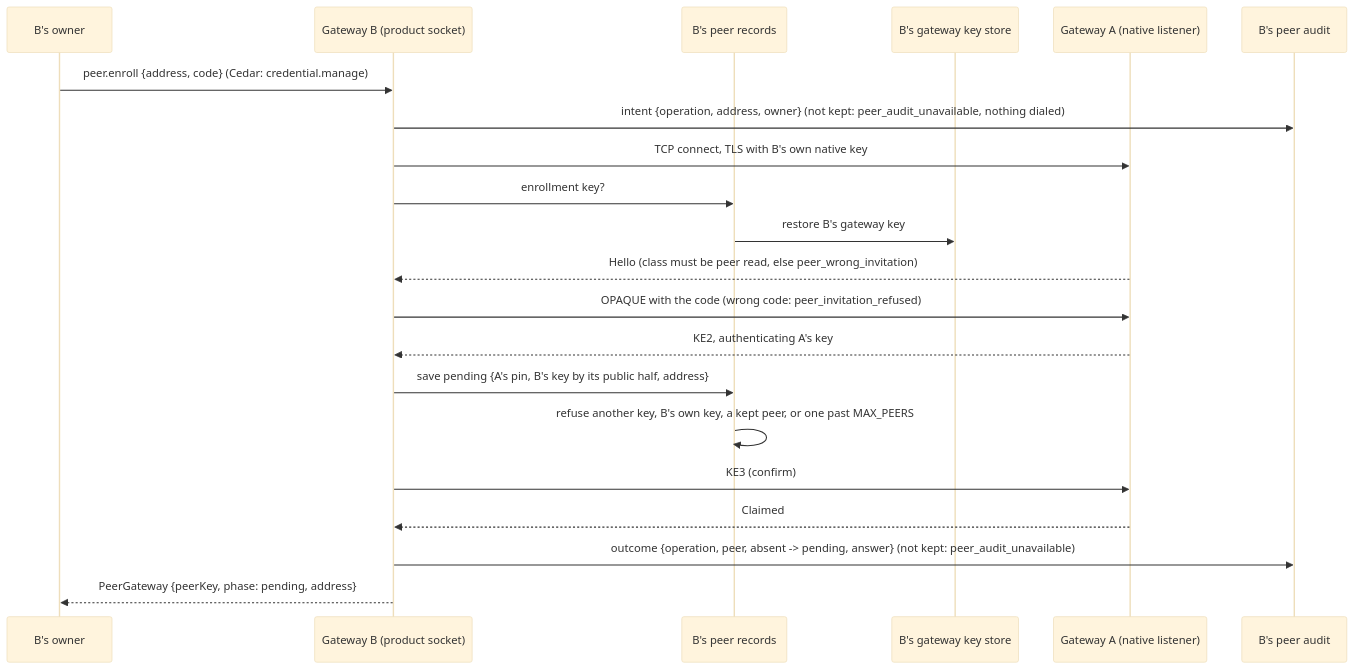
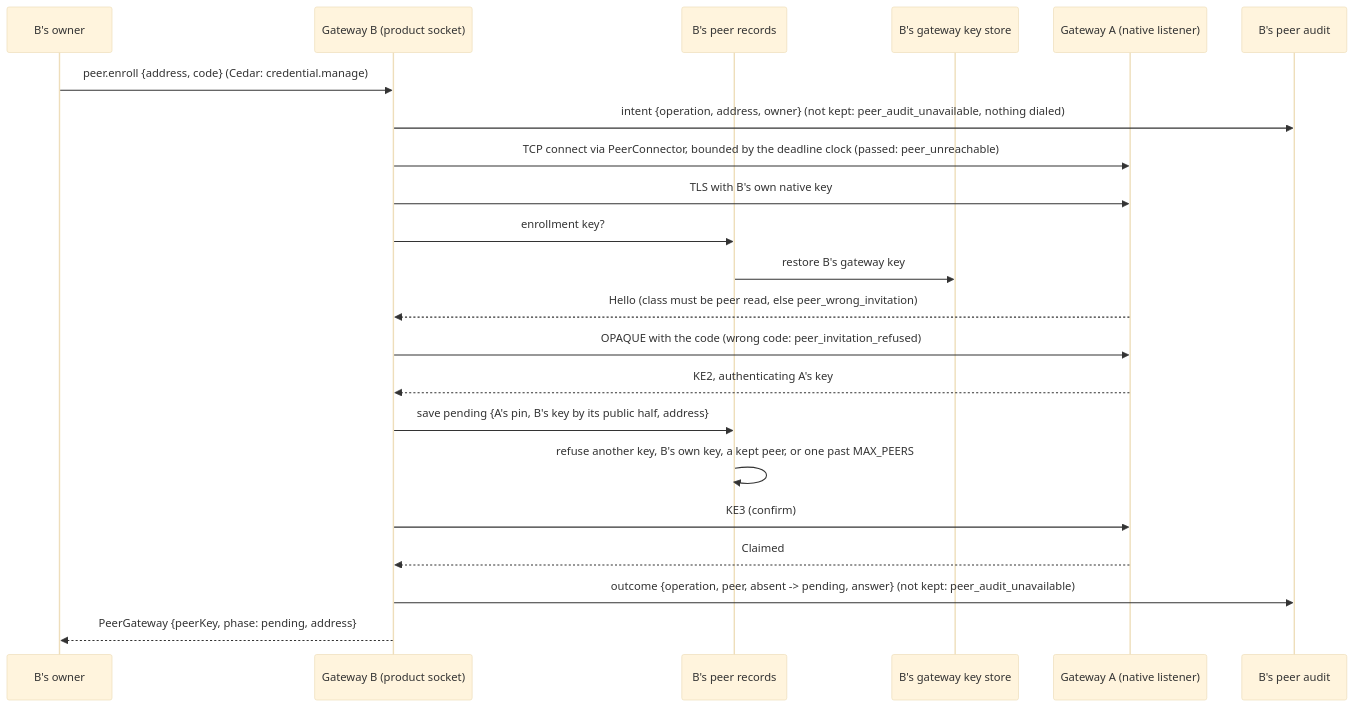
One commit to nessalabs/nessa-agent changed the second of 2 diagrams in docs/design/auth/peer-gateways.md. Above: the diagram before and after it, drawn with Mermaid (base theme). The commit also changed other lines of this file and 8 other files, not shown here.

First line of the commit message:
Audit a peer_exists refusal with the peer it found; bound the connect by the deadline clock (slice H of #252, part 2b-2)

````diff
--- a/docs/design/auth/peer-gateways.md
+++ b/docs/design/auth/peer-gateways.md
@@ -185,23 +185,24 @@
 ```mermaid
 sequenceDiagram
     participant O as B's owner
     participant B as Gateway B (product socket)
     participant R as B's peer records
     participant K as B's gateway key store
     participant A as Gateway A (native listener)
     participant U as B's peer audit
     O->>B: peer.enroll {address, code} (Cedar: credential.manage)
     B->>U: intent {operation, address, owner} (not kept: peer_audit_unavailable, nothing dialed)
-    B->>A: TCP connect, TLS with B's own native key
+    B->>A: TCP connect via PeerConnector, bounded by the deadline clock (passed: peer_unreachable)
+    B->>A: TLS with B's own native key
     B->>R: enrollment key?
     R->>K: restore B's gateway key
     A-->>B: Hello (class must be peer read, else peer_wrong_invitation)
     B->>A: OPAQUE with the code (wrong code: peer_invitation_refused)
     A-->>B: KE2, authenticating A's key
     B->>R: save pending {A's pin, B's key by its public half, address}
     R->>R: refuse another key, B's own key, a kept peer, or one past MAX_PEERS
     B->>A: KE3 (confirm)
     A-->>B: Claimed
     B->>U: outcome {operation, peer, absent -> pending, answer} (not kept: peer_audit_unavailable)
     B-->>O: PeerGateway {peerKey, phase: pending, address}
 ```
````
